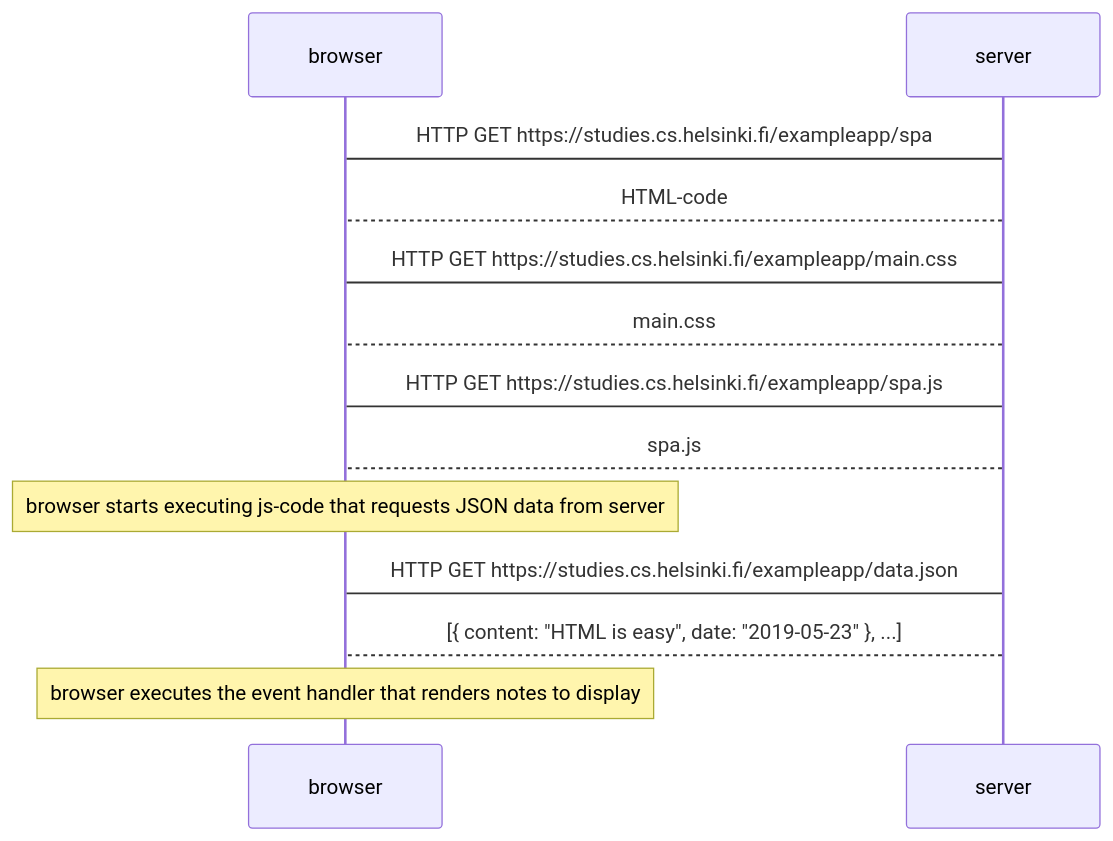
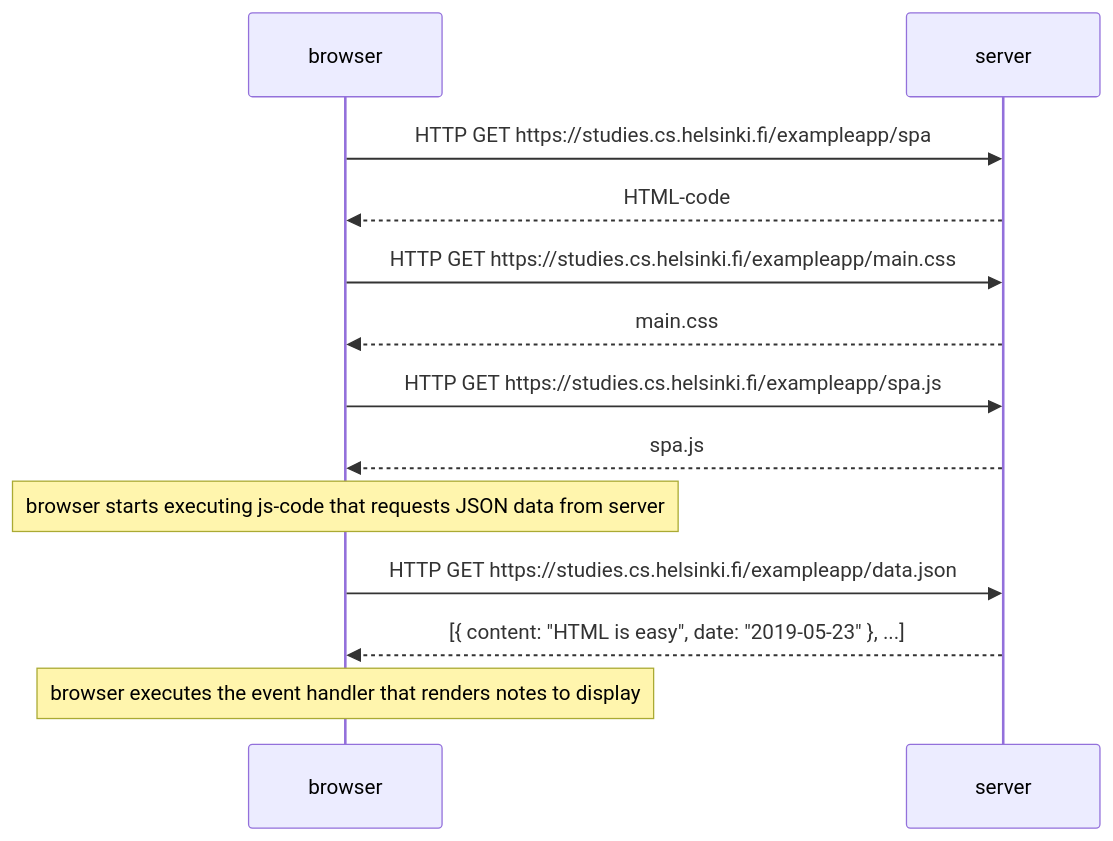
Before and after one commit to saulgmx/fullstack-open: the diagram in part0/0.5.md, drawn with Mermaid.

Commit message:
Add arrows

````diff
--- a/part0/0.5.md
+++ b/part0/0.5.md
@@ -1,19 +1,19 @@
 ```mermaid
 sequenceDiagram
     participant browser
     participant server
 
-    browser->server: HTTP GET https://studies.cs.helsinki.fi/exampleapp/spa
-    server-->browser: HTML-code
-    browser->server: HTTP GET https://studies.cs.helsinki.fi/exampleapp/main.css
-    server-->browser: main.css
-    browser->server: HTTP GET https://studies.cs.helsinki.fi/exampleapp/spa.js
-    server-->browser: spa.js
+    browser->>server: HTTP GET https://studies.cs.helsinki.fi/exampleapp/spa
+    server-->>browser: HTML-code
+    browser->>server: HTTP GET https://studies.cs.helsinki.fi/exampleapp/main.css
+    server-->>browser: main.css
+    browser->>server: HTTP GET https://studies.cs.helsinki.fi/exampleapp/spa.js
+    server-->>browser: spa.js
 
     note over browser: browser starts executing js-code that requests JSON data from server
 
-    browser->server: HTTP GET https://studies.cs.helsinki.fi/exampleapp/data.json
-    server-->browser: [{ content: "HTML is easy", date: "2019-05-23" }, ...]
+    browser->>server: HTTP GET https://studies.cs.helsinki.fi/exampleapp/data.json
+    server-->>browser: [{ content: "HTML is easy", date: "2019-05-23" }, ...]
 
     note over browser: browser executes the event handler that renders notes to display
 ```
````
